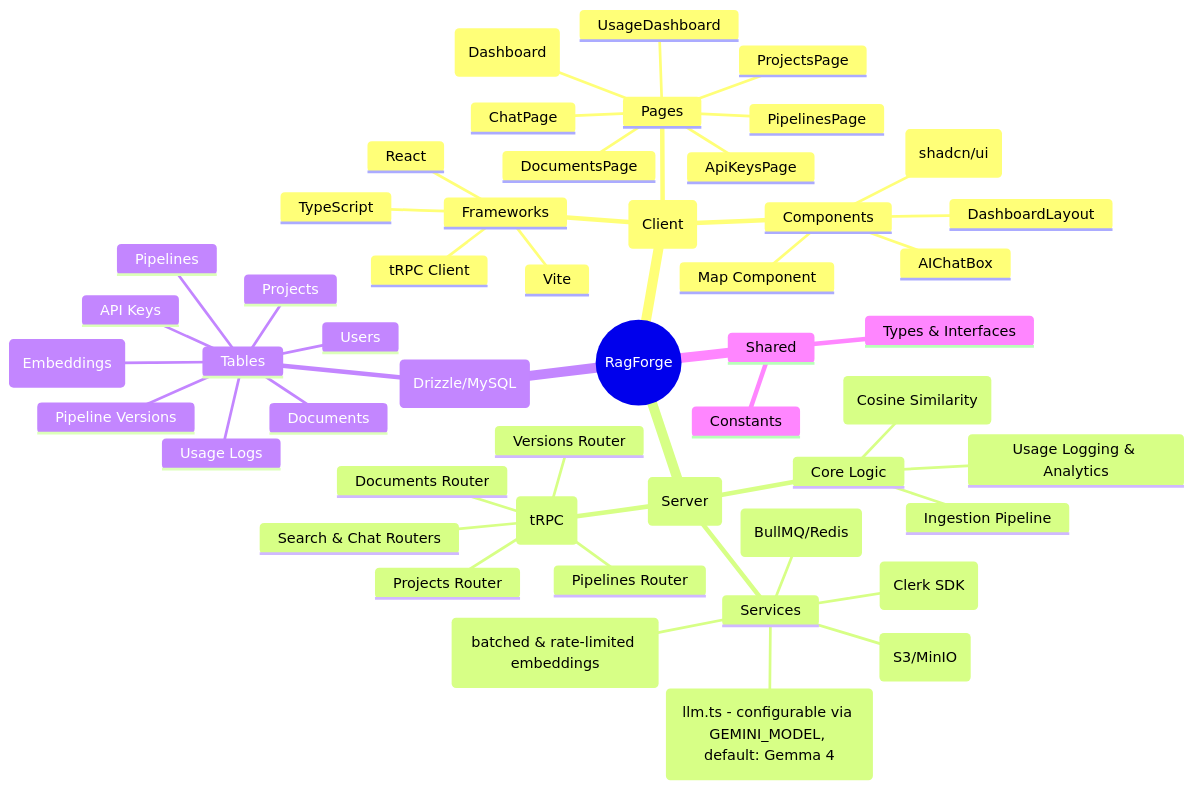
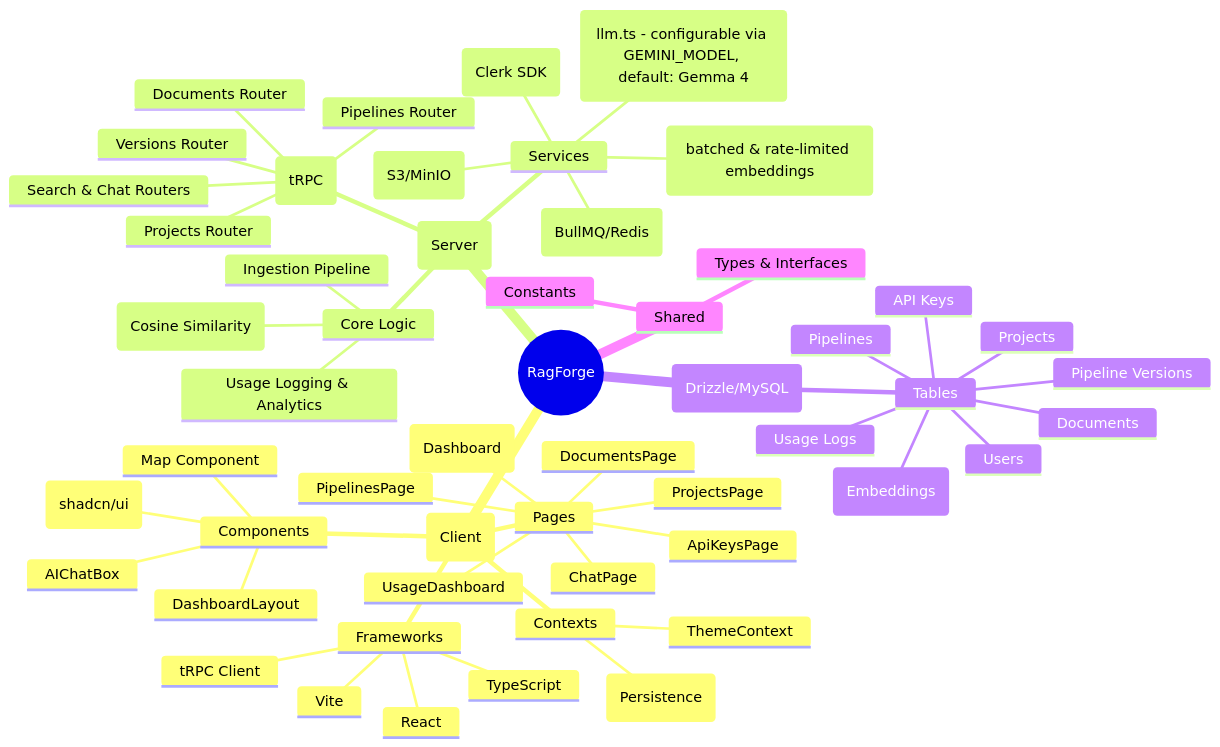
Before and after one commit to devshayan101/RAGForge: the diagram in mindmap.md, drawn with Mermaid. The commit also changed 5 other files, not shown here.

````diff
--- a/mindmap.md
+++ b/mindmap.md
@@ -3,53 +3,56 @@
 ```mermaid
 mindmap
   root((RagForge))
     Frontend (Client)
       Frameworks
         Vite
         React
         TypeScript
         tRPC Client
       Pages
         Home (Dashboard)
         ProjectsPage
         PipelinesPage
         DocumentsPage
         ChatPage
         ApiKeysPage
         UsageDashboard
       Components
         AIChatBox
         DashboardLayout
         Map Component
         UI Components (shadcn/ui)
+      Contexts
+        ThemeContext
+        ChatContext (Persistence)
     Backend (Server)
       API (tRPC)
         Projects Router
         Pipelines Router
         Versions Router
         Documents Router
         Search & Chat Routers
       Services
         LLM Integration (llm.ts - configurable via GEMINI_MODEL, default: Gemma 4)
         Document Processing (batched & rate-limited embeddings)
         Queue Management (BullMQ/Redis)
         Storage Service (S3/MinIO)
         Authentication (Clerk SDK)
       Core Logic
         Vector Search (Cosine Similarity)
         Ingestion Pipeline
         Usage Logging & Analytics
     Database (Drizzle/MySQL)
       Tables
         Users
         Projects
         Pipelines
         Pipeline Versions
         Documents
         Chunks (Embeddings)
         API Keys
         Usage Logs
     Shared
       Types & Interfaces
       Constants
 ```
````
